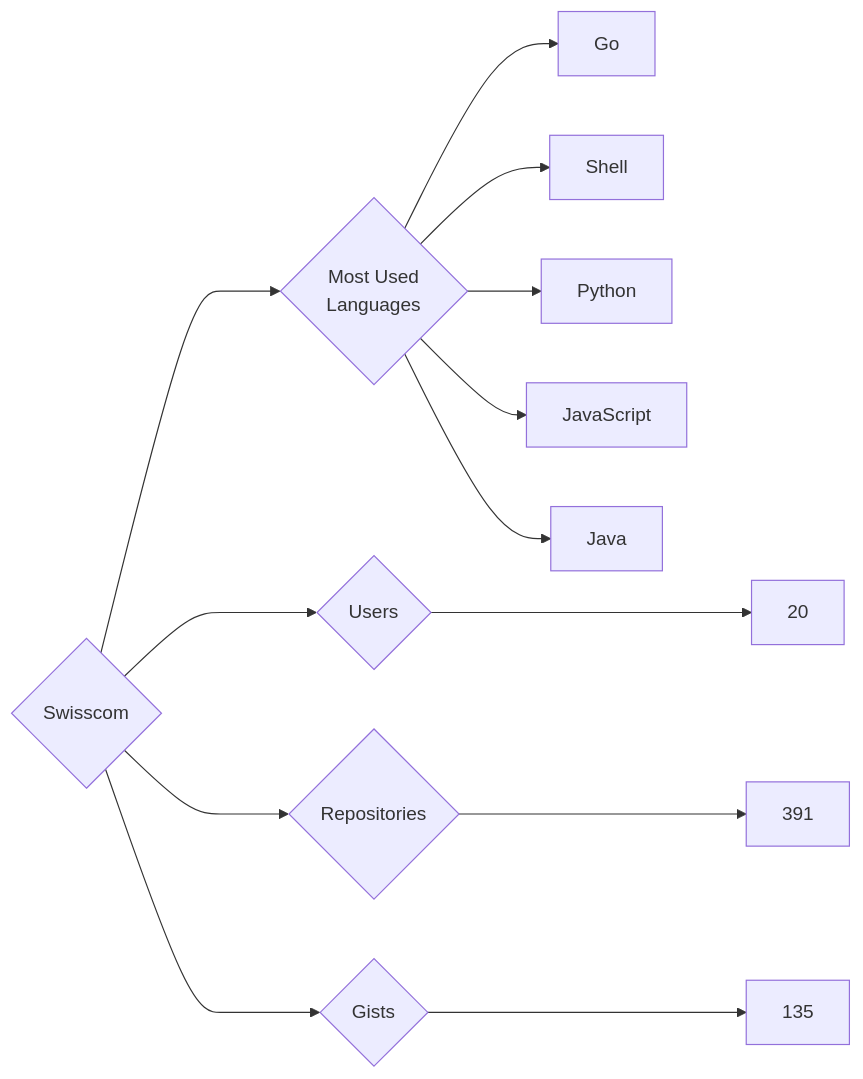
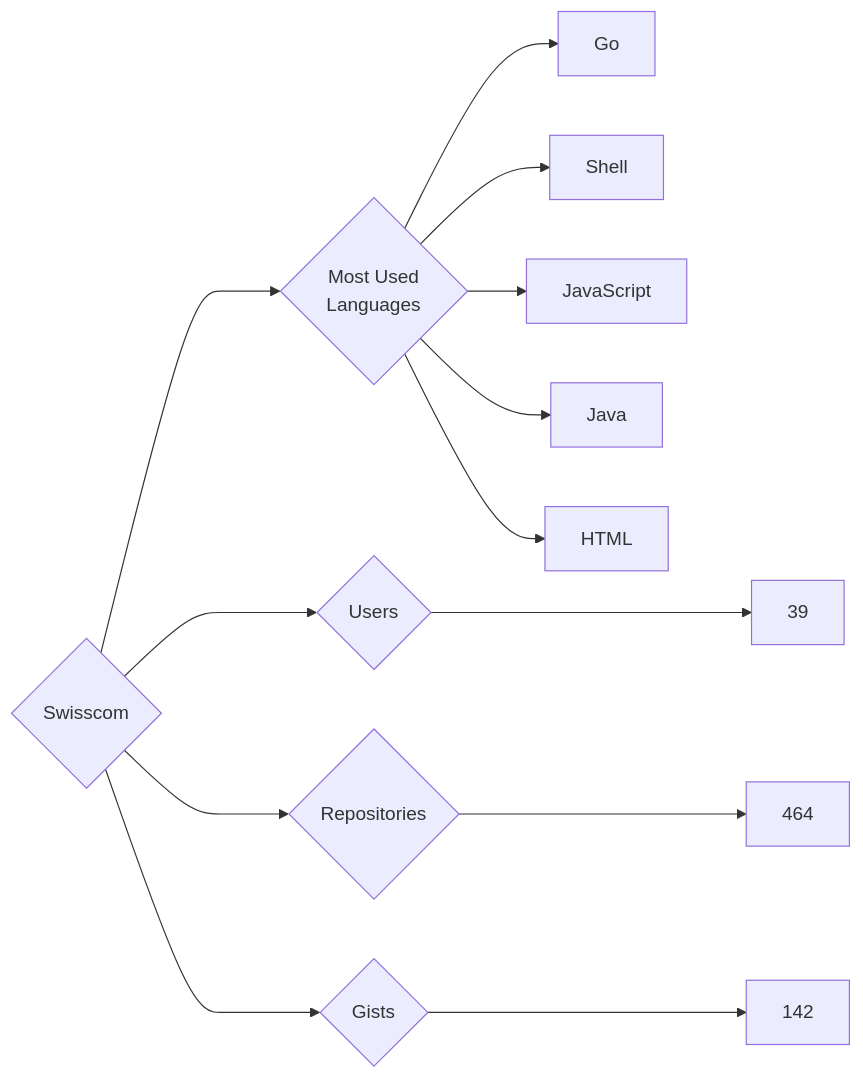
One commit to trickest/insiders changed the diagram in targets/Swisscom/README.md. Above: the diagram before and after it, drawn with Mermaid. The commit also changed 953 other files, not shown here.

````diff
--- a/targets/Swisscom/README.md
+++ b/targets/Swisscom/README.md
@@ -3,13 +3,13 @@
 ```mermaid
 graph LR
 COMPANY_NAME{Swisscom}
-COMPANY_NAME ---> U{Users} ---> UN[20]
-COMPANY_NAME ---> R{Repositories} ---> RN[391]
-COMPANY_NAME ---> G{Gists} ---> GN[135]
+COMPANY_NAME ---> U{Users} ---> UN[39]
+COMPANY_NAME ---> R{Repositories} ---> RN[464]
+COMPANY_NAME ---> G{Gists} ---> GN[142]
 COMPANY_NAME ---> ML{Most Used<br>Languages}
 ML --> Go[Go]
 ML --> Shell[Shell]
-ML --> Python[Python]
 ML --> JavaScript[JavaScript]
 ML --> Java[Java]
+ML --> HTML[HTML]
 ```
````
